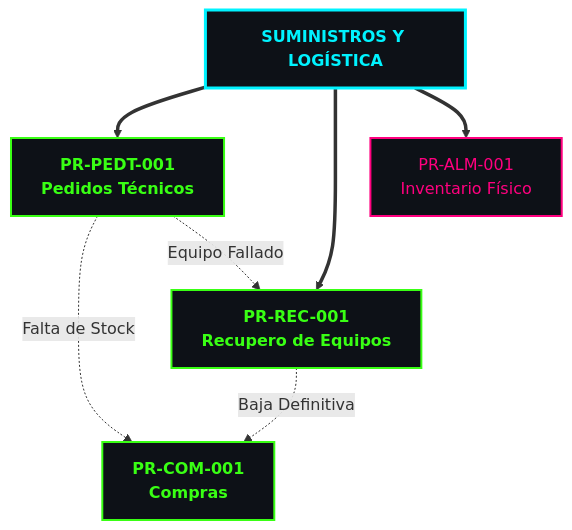
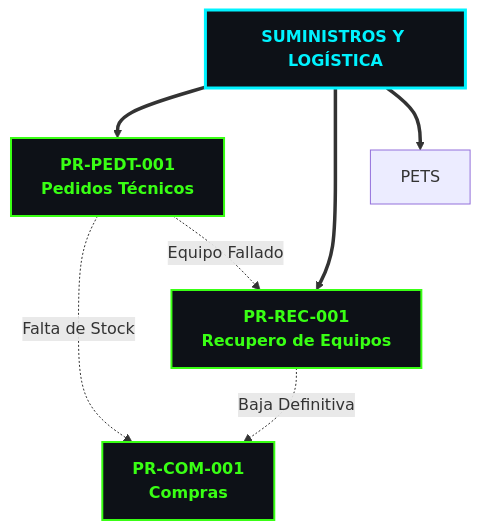
One commit to elingenierok/procedimientos-isp changed the diagram in docs/index.md. Above: the diagram before and after it, drawn with Mermaid.

Commit message:
Revise process connections in index.md
Updated process links and removed obsolete connections in the documentation.

```diff
--- a/docs/index.md
+++ b/docs/index.md
@@ -5,26 +5,28 @@
 <div class="mermaid">
 graph TD
     classDef area fill:#0d1117,stroke:#00f3ff,stroke-width:3px,color:#00f3ff,font-weight:bold;
     classDef proceso fill:#0d1117,stroke:#39ff14,stroke-width:2px,color:#39ff14,font-weight:bold;
     classDef aislado fill:#0d1117,stroke:#ff007f,stroke-width:2px,color:#ff007f;
 
     SL[SUMINISTROS Y LOGÍSTICA]:::area
 
     PEDT[PR-PEDT-001<br>Pedidos Técnicos]:::proceso
     REC[PR-REC-001<br>Recupero de Equipos]:::proceso
-    ALM[PR-ALM-001<br>Inventario Físico]:::aislado
+    PEDT[PR-PEDT-001<br>Pedidos Técnicos]:::proceso
 
     COM[PR-COM-001<br>Compras]:::proceso
 
     SL ==> PEDT
     SL ==> REC
-    SL ==> ALM
+    SL ==> PETS
 
     PEDT -.->|Falta de Stock| COM
     PEDT -.->|Equipo Fallado| REC
     REC -.->|Baja Definitiva| COM
+    
 
     click PEDT "suministros-logistica/PR-PEDT-001/"
     click COM "suministros-logistica/PR-COM-001/"
     click REC "suministros-logistica/PR-REC-001/"
+    click REC "suministros-logistica/PR-PETS-001/"
 </div>
```
